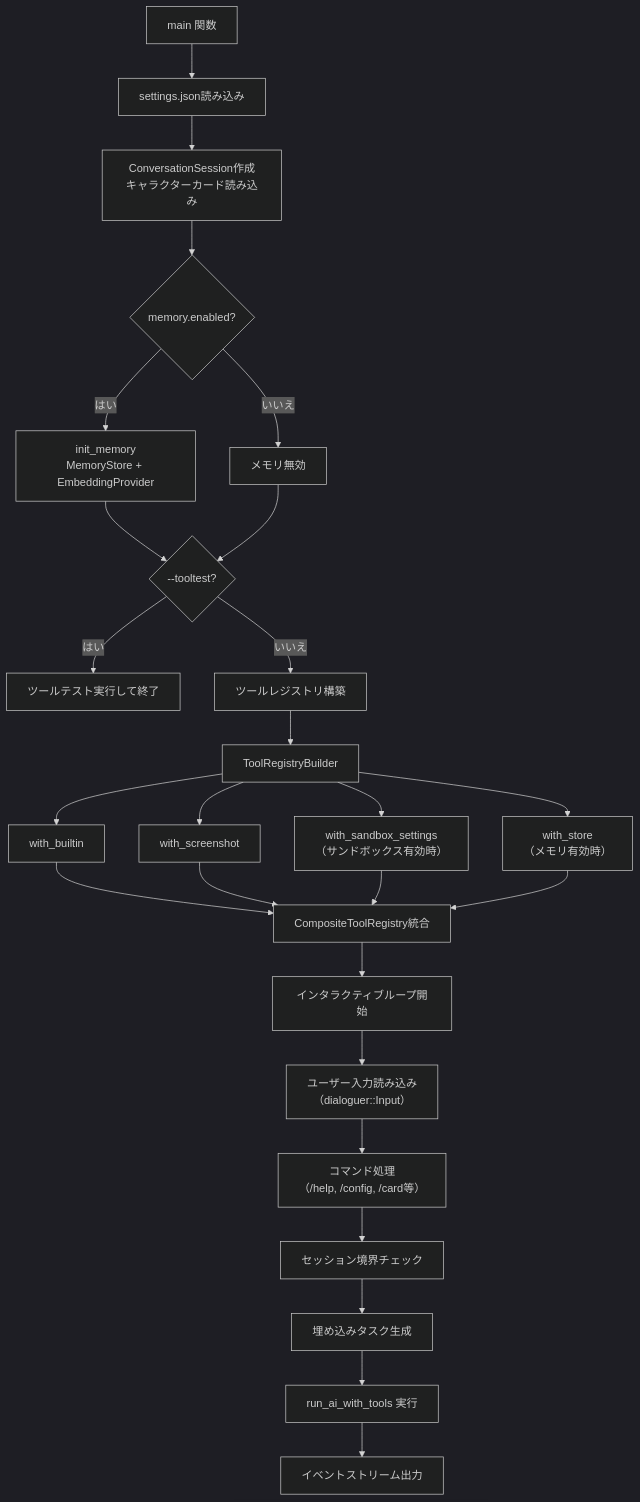
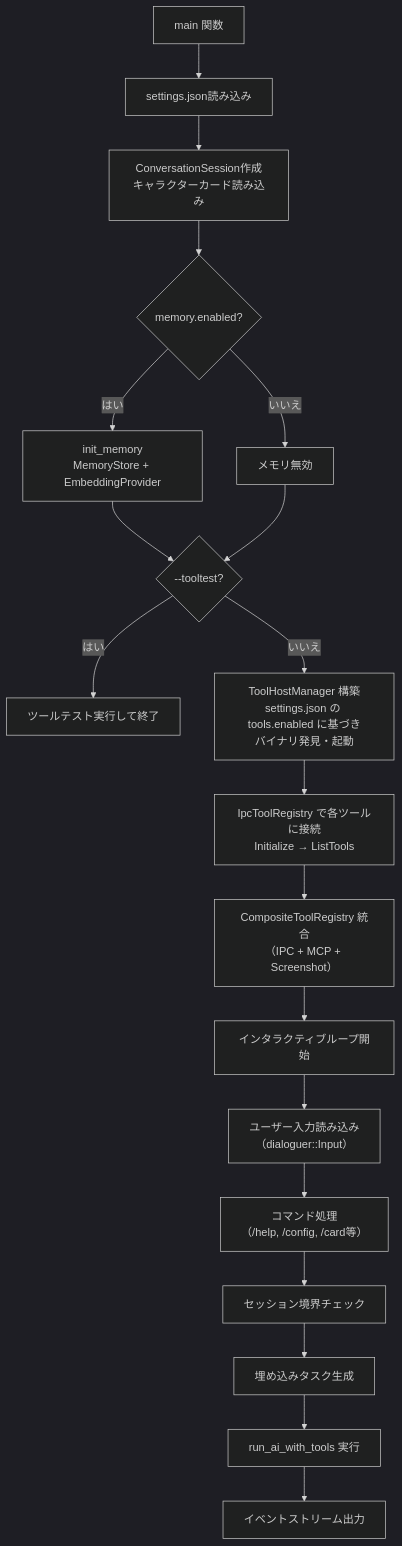
One commit to pexisgle/ene changed diagram 15 of 15 in docs/ai-core-flow.md. Above: the diagram before and after it, drawn with Mermaid (dark theme). The commit also changed other lines of this file and 1 other file, not shown here.

First line of the commit message:
docs: update ai-core-flow.md and tool-ipc-migration.md for IPC architecture

````diff
--- a/docs/ai-core-flow.md
+++ b/docs/ai-core-flow.md
@@ -565,28 +637,21 @@
 ```mermaid
 flowchart TD
     A[main 関数] --> B[settings.json読み込み]
     B --> C[ConversationSession作成<br/>キャラクターカード読み込み]
     C --> D{memory.enabled?}
     D -->|はい| E[init_memory<br/>MemoryStore + EmbeddingProvider]
     D -->|いいえ| F[メモリ無効]
     E --> G{--tooltest?}
     F --> G
     G -->|はい| H[ツールテスト実行して終了]
-    G -->|いいえ| I[ツールレジストリ構築]
-    I --> J[ToolRegistryBuilder]
-    J --> K[with_builtin]
-    J --> L[with_screenshot]
-    J --> M[with_sandbox_settings<br/>（サンドボックス有効時）]
-    J --> N[with_store<br/>（メモリ有効時）]
-    K --> O[CompositeToolRegistry統合]
-    L --> O
-    M --> O
-    N --> O
-    O --> P[インタラクティブループ開始]
-    P --> Q[ユーザー入力読み込み<br/>（dialoguer::Input）]
-    Q --> R[コマンド処理<br/>（/help, /config, /card等）]
-    R --> S[セッション境界チェック]
-    S --> T[埋め込みタスク生成]
-    T --> U[run_ai_with_tools 実行]
-    U --> V[イベントストリーム出力]
+    G -->|いいえ| I[ToolHostManager 構築<br/>settings.json の tools.enabled に基づき<br/>バイナリ発見・起動]
+    I --> J[IpcToolRegistry で各ツールに接続<br/>Initialize → ListTools]
+    J --> K[CompositeToolRegistry 統合<br/>（IPC + MCP + Screenshot）]
+    K --> L[インタラクティブループ開始]
+    L --> M[ユーザー入力読み込み<br/>（dialoguer::Input）]
+    M --> N[コマンド処理<br/>（/help, /config, /card等）]
+    N --> O[セッション境界チェック]
+    O --> P[埋め込みタスク生成]
+    P --> Q[run_ai_with_tools 実行]
+    Q --> R[イベントストリーム出力]
 ```
````
